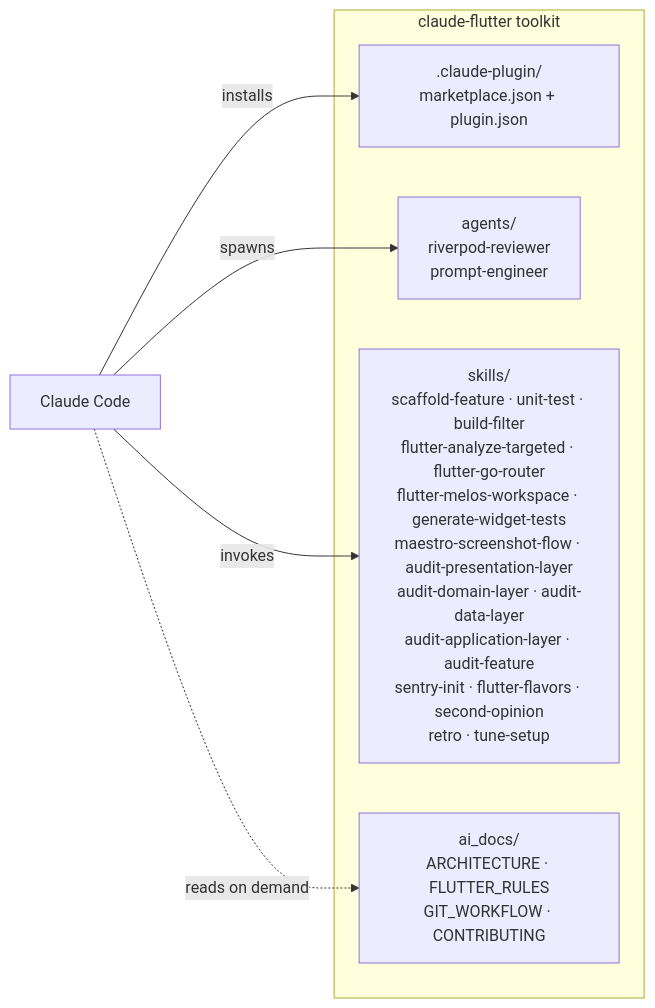
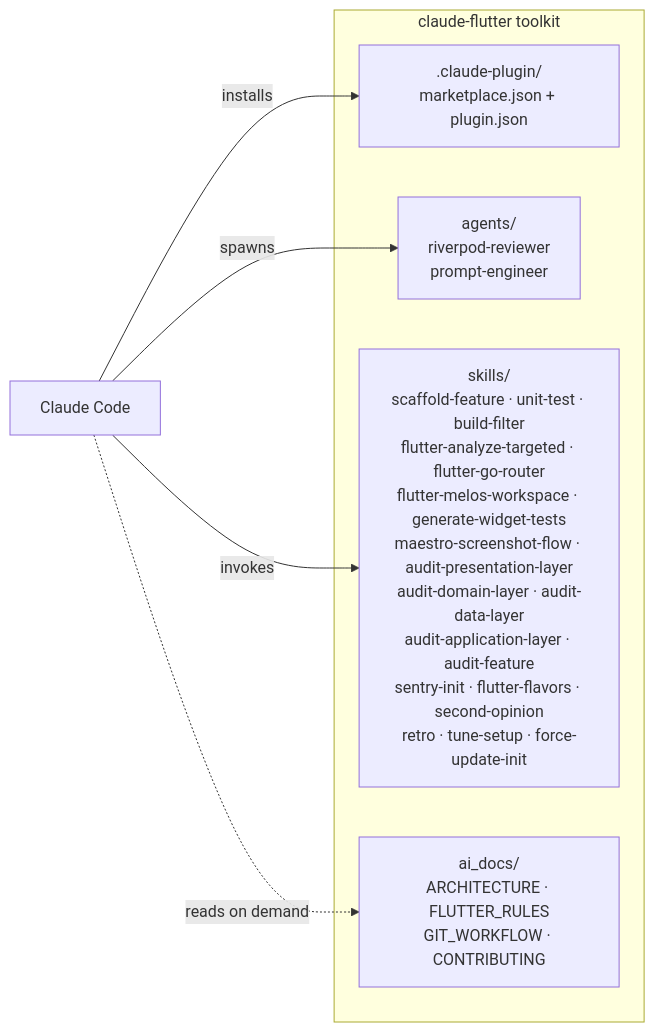
Before and after one commit to iamantoniodinuzzo/claude-flutter: the diagram in ai_docs/ARCHITECTURE.md, drawn with Mermaid. The commit also changed other lines of this file and 8 other files, not shown here.

First line of the commit message:
feat(force-update-init): add force update skill (force_update_helper, Gist/Remote Config/Shelf sources, non-store distribution) (ref #67)

````diff
--- a/ai_docs/ARCHITECTURE.md
+++ b/ai_docs/ARCHITECTURE.md
@@ -20,16 +20,16 @@
 ```mermaid
 flowchart LR
     subgraph Repo["claude-flutter toolkit"]
         plugin[".claude-plugin/\nmarketplace.json + plugin.json"]
         agents["agents/\nriverpod-reviewer\nprompt-engineer"]
-        skills["skills/\nscaffold-feature · unit-test · build-filter\nflutter-analyze-targeted · flutter-go-router\nflutter-melos-workspace · generate-widget-tests\nmaestro-screenshot-flow · audit-presentation-layer\naudit-domain-layer · audit-data-layer\naudit-application-layer · audit-feature\nsentry-init · flutter-flavors · second-opinion\nretro · tune-setup"]
+        skills["skills/\nscaffold-feature · unit-test · build-filter\nflutter-analyze-targeted · flutter-go-router\nflutter-melos-workspace · generate-widget-tests\nmaestro-screenshot-flow · audit-presentation-layer\naudit-domain-layer · audit-data-layer\naudit-application-layer · audit-feature\nsentry-init · flutter-flavors · second-opinion\nretro · tune-setup · force-update-init"]
         aidocs["ai_docs/\nARCHITECTURE · FLUTTER_RULES\nGIT_WORKFLOW · CONTRIBUTING"]
     end
 
     cc[Claude Code]
 
     cc -->|installs| plugin
     cc -->|invokes| skills
     cc -->|spawns| agents
     cc -.->|reads on demand| aidocs
 ```
````
